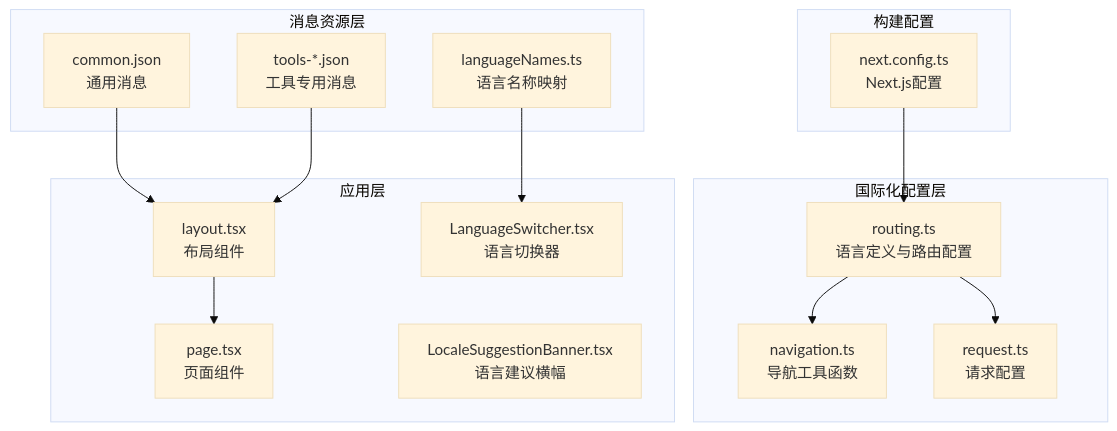
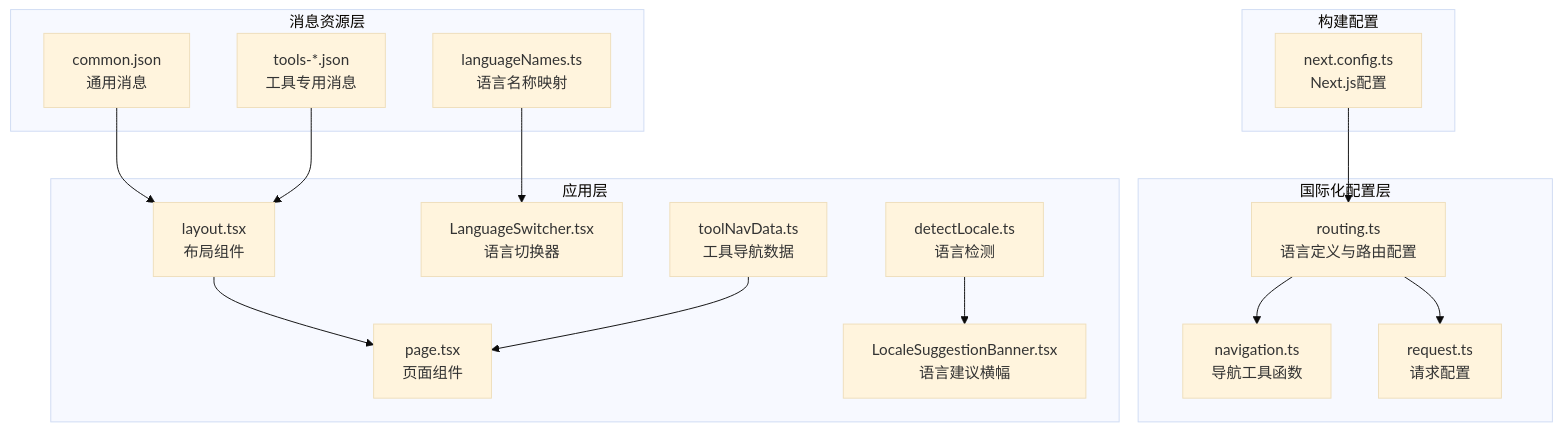
Before and after one commit to sgyy/privadeck: the first of 12 diagrams in .qoder/repowiki/zh/content/国际化实现/国际化实现.md, drawn with Mermaid (base theme). The commit also changed other lines of this file and 10 other files, not shown here.

````diff
--- a/.qoder/repowiki/zh/content/国际化实现/国际化实现.md
+++ b/.qoder/repowiki/zh/content/国际化实现/国际化实现.md
@@ -40,29 +56,33 @@
 ```mermaid
 graph TB
 subgraph "国际化配置层"
 A[routing.ts<br/>语言定义与路由配置]
 B[navigation.ts<br/>导航工具函数]
 C[request.ts<br/>请求配置]
 end
 subgraph "消息资源层"
 D[common.json<br/>通用消息]
 E[tools-*.json<br/>工具专用消息]
 F[languageNames.ts<br/>语言名称映射]
 end
 subgraph "应用层"
 G[layout.tsx<br/>布局组件]
 H[page.tsx<br/>页面组件]
 I[LanguageSwitcher.tsx<br/>语言切换器]
 J[LocaleSuggestionBanner.tsx<br/>语言建议横幅]
+K[toolNavData.ts<br/>工具导航数据]
+L[detectLocale.ts<br/>语言检测]
 end
 subgraph "构建配置"
-K[next.config.ts<br/>Next.js配置]
+M[next.config.ts<br/>Next.js配置]
 end
 A --> B
 A --> C
 D --> G
 E --> G
 F --> I
 G --> H
-K --> A
+K --> H
+L --> J
+M --> A
 ```
````
